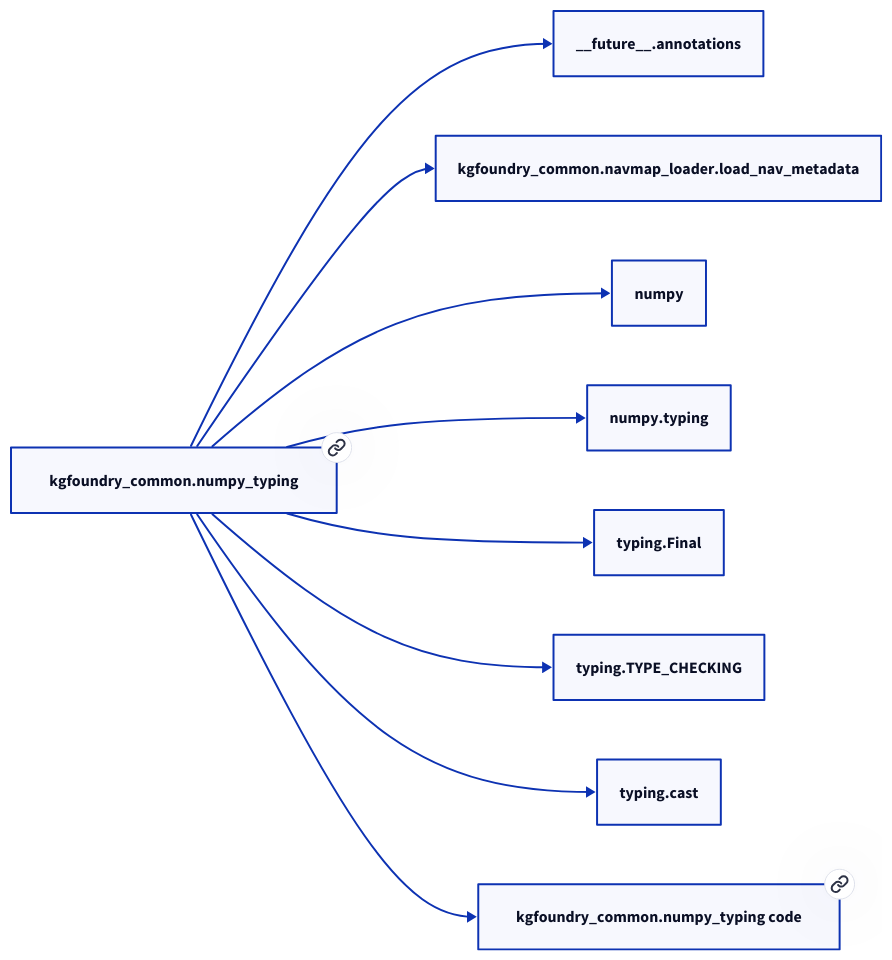
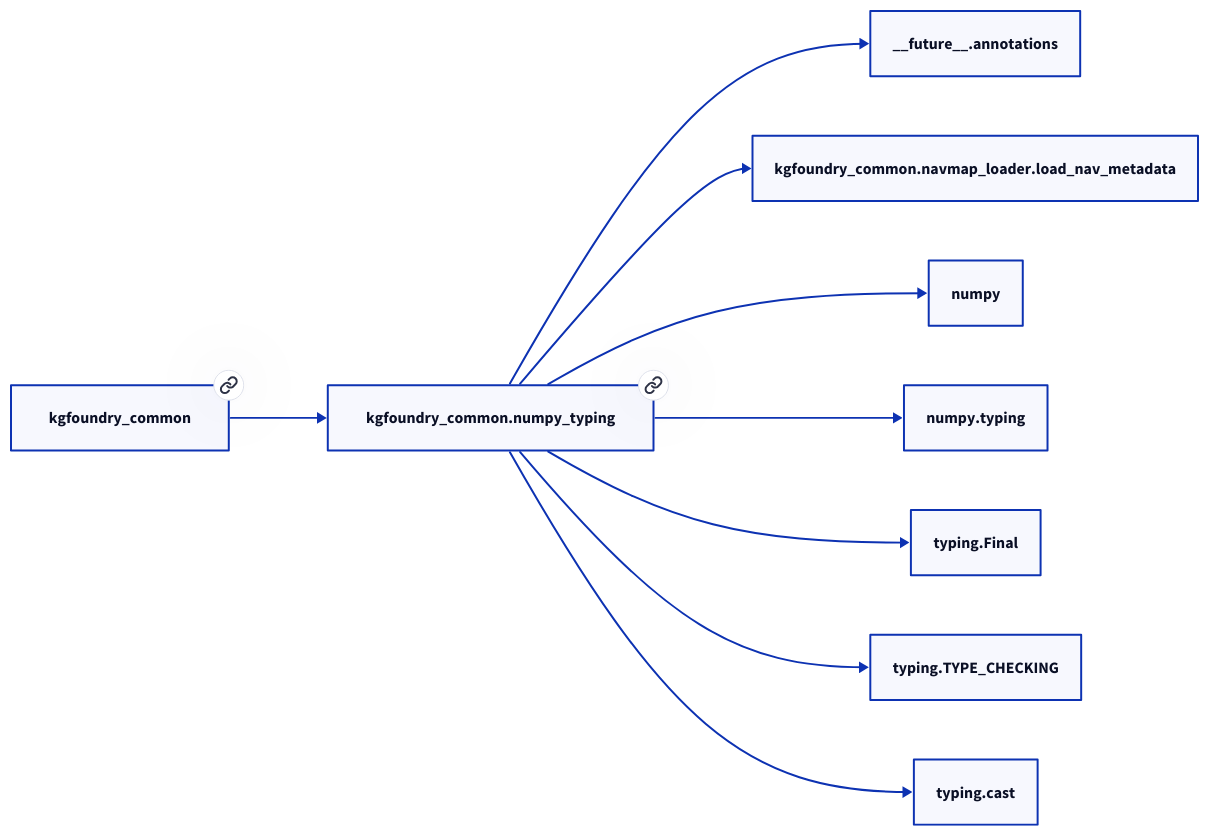
Before and after one commit to paul-heyse/kgforge: the diagram in docs/modules/kgfoundry_common/numpy_typing.md, drawn with D2. The commit also changed other lines of this file and 208 other files, not shown here.

````diff
--- a/docs/modules/kgfoundry_common/numpy_typing.md
+++ b/docs/modules/kgfoundry_common/numpy_typing.md
@@ -37,20 +41,20 @@
 ```d2
 direction: right
-"kgfoundry_common.numpy_typing": "kgfoundry_common.numpy_typing" { link: "./kgfoundry_common/numpy_typing.md" }
+"kgfoundry_common.numpy_typing": "kgfoundry_common.numpy_typing" { link: "https://github.com/paul-heyse/kgfoundry/blob/main/src/kgfoundry_common/numpy_typing.py" }
 "__future__.annotations": "__future__.annotations"
 "kgfoundry_common.numpy_typing" -> "__future__.annotations"
 "kgfoundry_common.navmap_loader.load_nav_metadata": "kgfoundry_common.navmap_loader.load_nav_metadata"
 "kgfoundry_common.numpy_typing" -> "kgfoundry_common.navmap_loader.load_nav_metadata"
 "numpy": "numpy"
 "kgfoundry_common.numpy_typing" -> "numpy"
 "numpy.typing": "numpy.typing"
 "kgfoundry_common.numpy_typing" -> "numpy.typing"
 "typing.Final": "typing.Final"
 "kgfoundry_common.numpy_typing" -> "typing.Final"
 "typing.TYPE_CHECKING": "typing.TYPE_CHECKING"
 "kgfoundry_common.numpy_typing" -> "typing.TYPE_CHECKING"
 "typing.cast": "typing.cast"
 "kgfoundry_common.numpy_typing" -> "typing.cast"
-"kgfoundry_common.numpy_typing_code": "kgfoundry_common.numpy_typing code" { link: "https://github.com/kgfoundry/kgfoundry/blob/main/src/kgfoundry_common/numpy_typing.py" }
-"kgfoundry_common.numpy_typing" -> "kgfoundry_common.numpy_typing_code" { style: dashed }
+"kgfoundry_common": "kgfoundry_common" { link: "https://github.com/paul-heyse/kgfoundry/blob/main/src/kgfoundry_common/__init__.py" }
+"kgfoundry_common" -> "kgfoundry_common.numpy_typing" { style: dashed }
 ```
````
